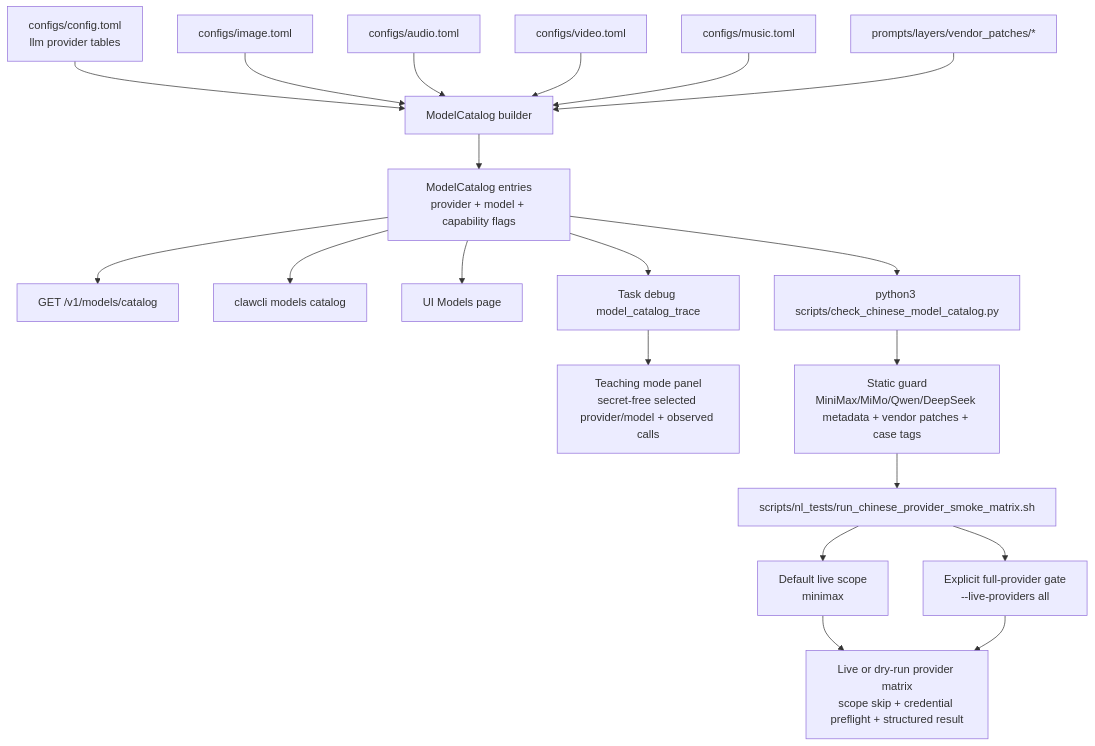
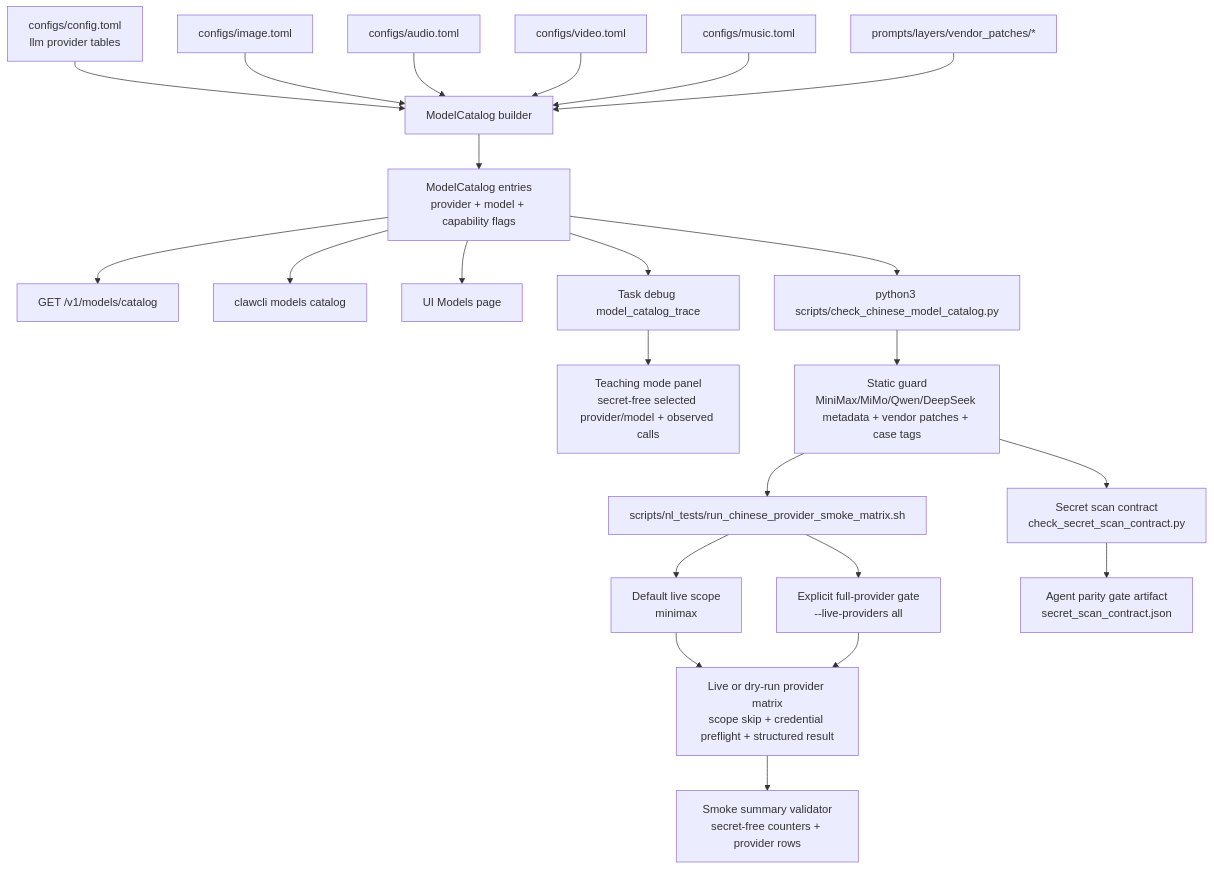
Diagram 16 of 16 in README.md (MatrixCoreX/RustClaw), drawn with Mermaid before and after one commit. The commit also changed other lines of this file and 3 other files, not shown here.

Commit message:
Document secret scan parity gate

````diff
--- a/README.md
+++ b/README.md
@@ -744,22 +744,25 @@
 ```mermaid
 flowchart TD
     A[configs/config.toml<br/>llm provider tables] --> B[ModelCatalog builder]
     C[configs/image.toml] --> B
     D[configs/audio.toml] --> B
     E[configs/video.toml] --> B
     F[configs/music.toml] --> B
     G[prompts/layers/vendor_patches/*] --> B
     B --> H[ModelCatalog entries<br/>provider + model + capability flags]
     H --> I[GET /v1/models/catalog]
     H --> J[clawcli models catalog]
     H --> K[UI Models page]
     H --> L[Task debug model_catalog_trace]
     L --> M[Teaching mode panel<br/>secret-free selected provider/model + observed calls]
     H --> N[python3 scripts/check_chinese_model_catalog.py]
     N --> O[Static guard<br/>MiniMax/MiMo/Qwen/DeepSeek metadata + vendor patches + case tags]
+    O --> SC[Secret scan contract<br/>check_secret_scan_contract.py]
     O --> P[scripts/nl_tests/run_chinese_provider_smoke_matrix.sh]
     P --> PS[Default live scope<br/>minimax]
     PS --> Q[Live or dry-run provider matrix<br/>scope skip + credential preflight + structured result]
     P --> R[Explicit full-provider gate<br/>--live-providers all]
     R --> Q
+    Q --> SV[Smoke summary validator<br/>secret-free counters + provider rows]
+    SC --> AP[Agent parity gate artifact<br/>secret_scan_contract.json]
 ```
````
